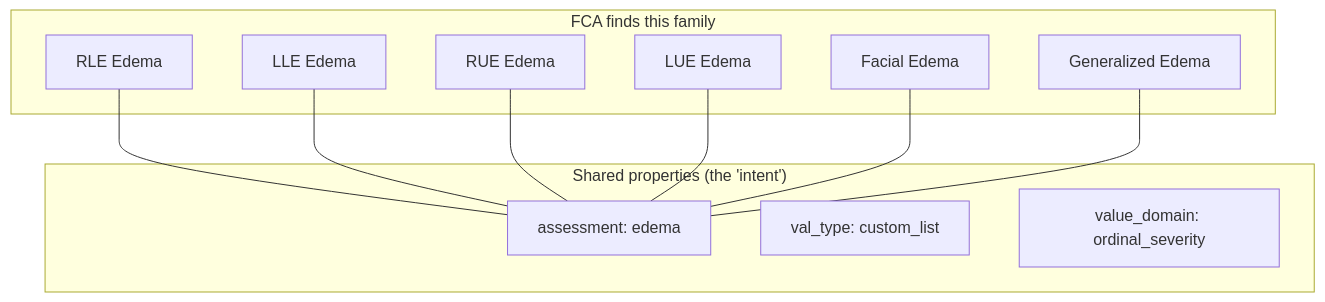
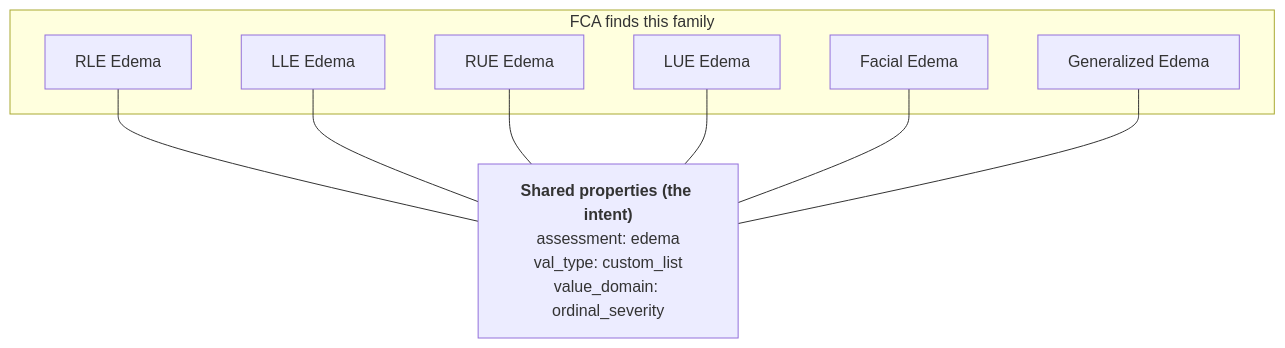
One commit to Emory-OMOP/CVB changed the diagram in EU2_Flowsheets/fca/diagrams/family.mmd. Above: the diagram before and after it, drawn with Mermaid. The commit also changed 1 other file, not shown here.

Commit message:
Combine shared properties into single node in family diagram

```diff
--- a/EU2_Flowsheets/fca/diagrams/family.mmd
+++ b/EU2_Flowsheets/fca/diagrams/family.mmd
@@ -1,22 +1,18 @@
 graph TD
     subgraph family ["FCA finds this family"]
         R["RLE Edema"]
         L["LLE Edema"]
         RU["RUE Edema"]
         LU["LUE Edema"]
         F["Facial Edema"]
         G["Generalized Edema"]
     end
 
-    subgraph props ["Shared properties (the 'intent')"]
-        P1["assessment: edema"]
-        P2["val_type: custom_list"]
-        P3["value_domain: ordinal_severity"]
-    end
+    P["<b>Shared properties (the intent)</b><br/>assessment: edema<br/>val_type: custom_list<br/>value_domain: ordinal_severity"]
 
-    R --- P1
-    L --- P1
-    RU --- P1
-    LU --- P1
-    F --- P1
-    G --- P1
+    R --- P
+    L --- P
+    RU --- P
+    LU --- P
+    F --- P
+    G --- P
```
